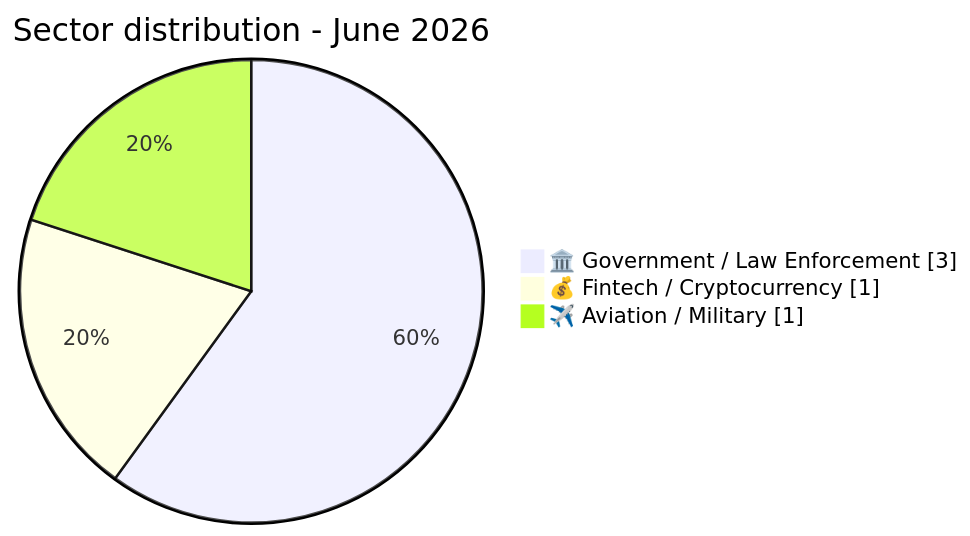
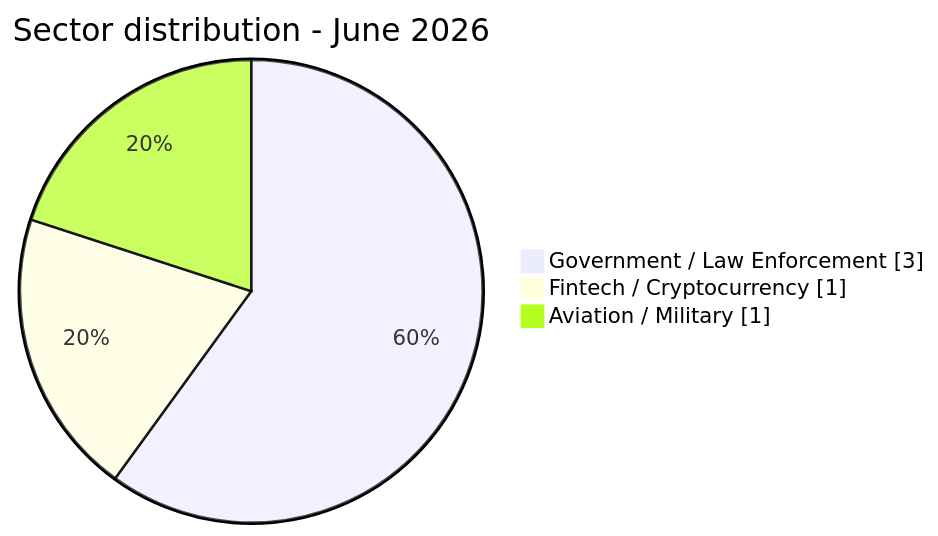
The third of 3 diagrams in CyberAttackAfrica/2026/06-june/README.md (Hatchepsoute/AFRINTEL), drawn with Mermaid before and after one commit. The commit also changed other lines of this file and 11 other files, not shown here.

First line of the commit message:
fix: remove all emojis from Mermaid labels in Jan-Jun 2026 reports

````diff
--- a/CyberAttackAfrica/2026/06-june/README.md
+++ b/CyberAttackAfrica/2026/06-june/README.md
@@ -89,7 +89,7 @@
 ```mermaid
 pie showData
-    title Sector distribution - June 2026
-    "🏛️ Government / Law Enforcement" : 3
-    "💰 Fintech / Cryptocurrency" : 1
-    "✈️ Aviation / Military" : 1
+ title Sector distribution - June 2026
+ "Government / Law Enforcement" : 3
+ "Fintech / Cryptocurrency" : 1
+ "Aviation / Military" : 1
 ```
````
